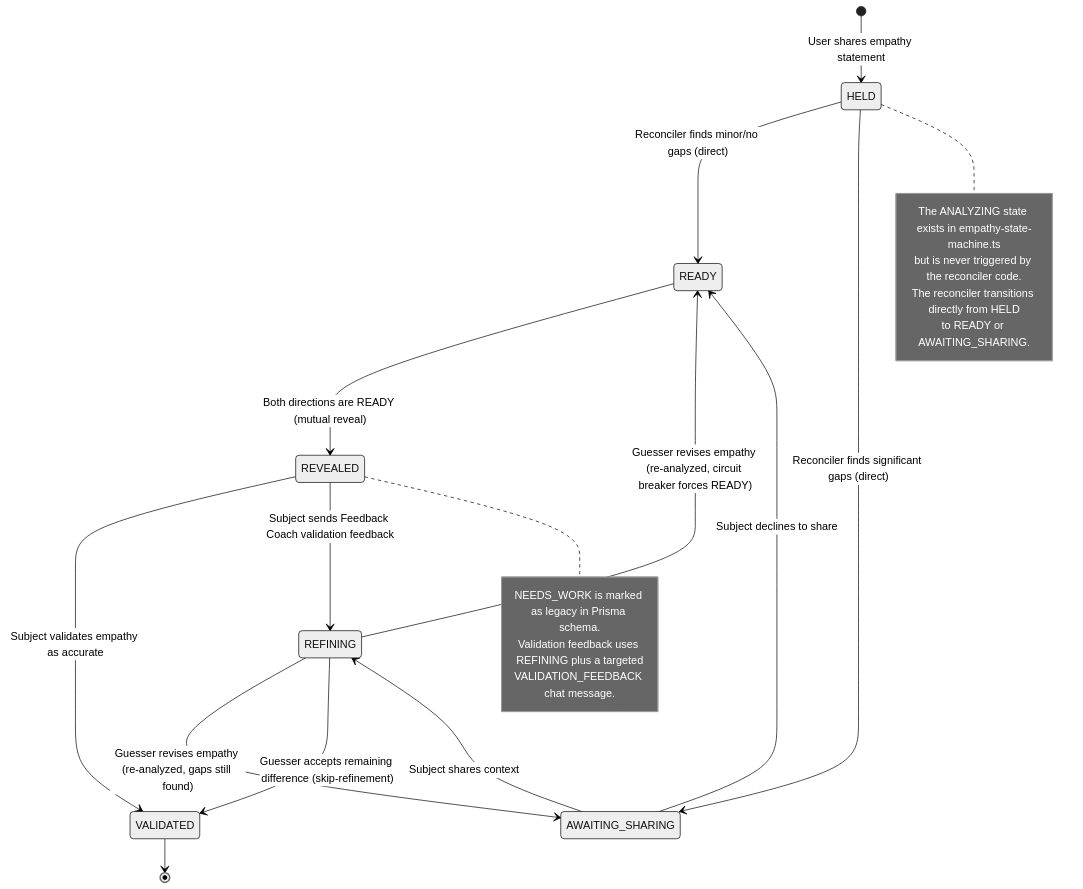
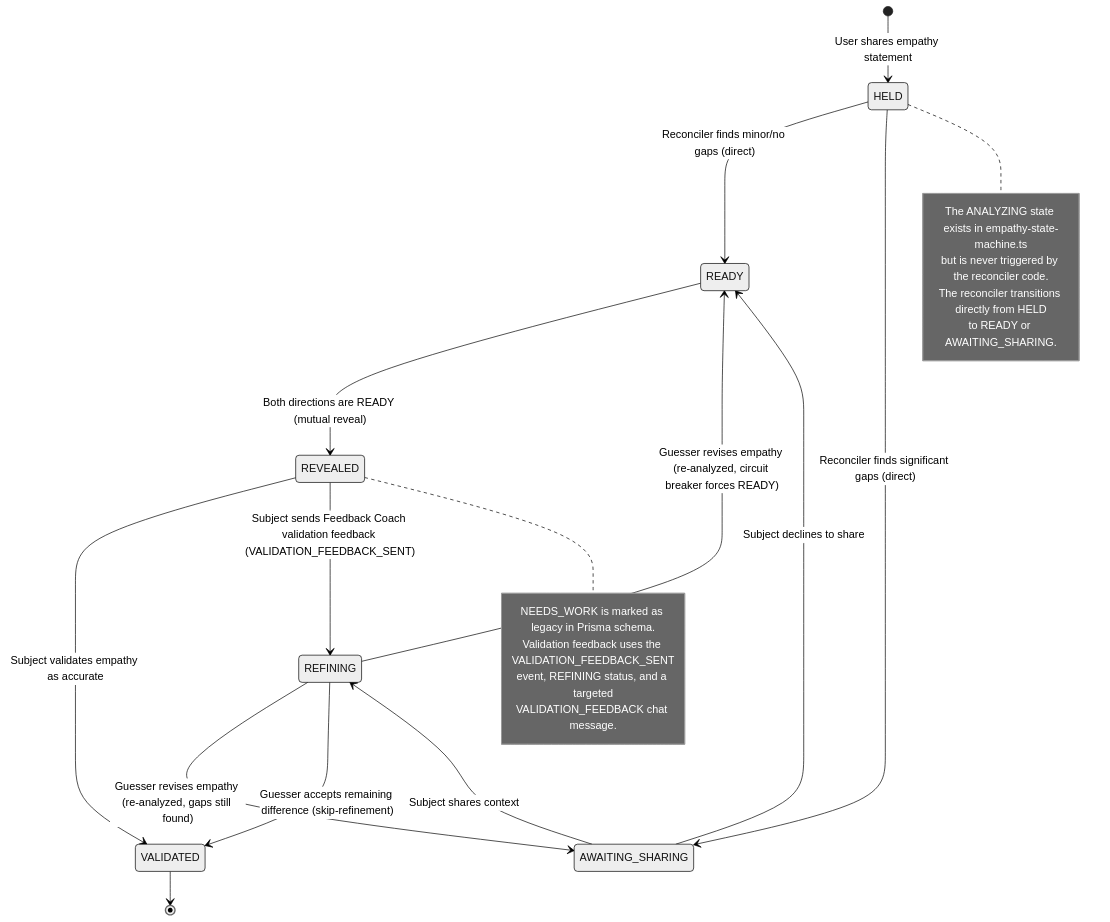
Before and after one commit to shantamg/meet-without-fear: the first of 8 diagrams in docs/backend/reconciler-flow.md, drawn with Mermaid (neutral theme). The commit also changed other lines of this file and 9 other files, not shown here.

Commit message:
sync validation feedback state transition

````diff
--- a/docs/backend/reconciler-flow.md
+++ b/docs/backend/reconciler-flow.md
@@ -25,34 +25,35 @@
 ```mermaid
 stateDiagram-v2
     [*] --> HELD: User shares empathy statement
 
     HELD --> READY: Reconciler finds minor/no gaps (direct)
     HELD --> AWAITING_SHARING: Reconciler finds significant gaps (direct)
 
     AWAITING_SHARING --> REFINING: Subject shares context
     REFINING --> READY: Guesser revises empathy (re-analyzed, circuit breaker forces READY)
     REFINING --> AWAITING_SHARING: Guesser revises empathy (re-analyzed, gaps still found)
 
     AWAITING_SHARING --> READY: Subject declines to share
 
     READY --> REVEALED: Both directions are READY (mutual reveal)
 
     REVEALED --> VALIDATED: Subject validates empathy as accurate
-    REVEALED --> REFINING: Subject sends Feedback Coach validation feedback
+    REVEALED --> REFINING: Subject sends Feedback Coach validation feedback (VALIDATION_FEEDBACK_SENT)
     REFINING --> VALIDATED: Guesser accepts remaining difference (skip-refinement)
 
     note right of HELD
         The ANALYZING state exists in empathy-state-machine.ts
         but is never triggered by the reconciler code.
         The reconciler transitions directly from HELD
         to READY or AWAITING_SHARING.
     end note
 
     note right of REVEALED
         NEEDS_WORK is marked as legacy in Prisma schema.
-        Validation feedback uses REFINING plus a targeted
+        Validation feedback uses the VALIDATION_FEEDBACK_SENT
+        event, REFINING status, and a targeted
         VALIDATION_FEEDBACK chat message.
     end note
 
     VALIDATED --> [*]
 ```
````
